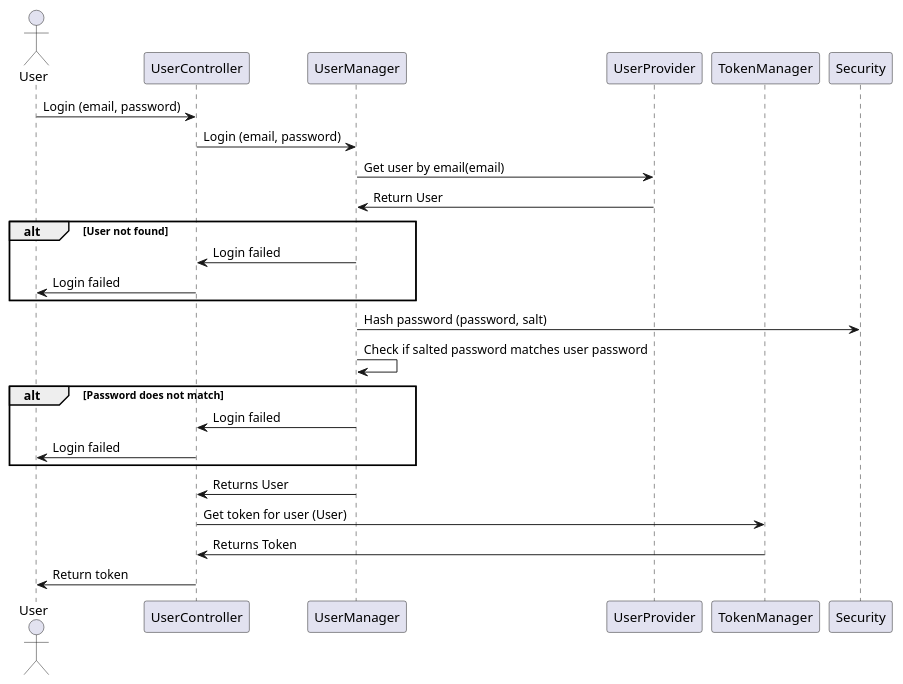
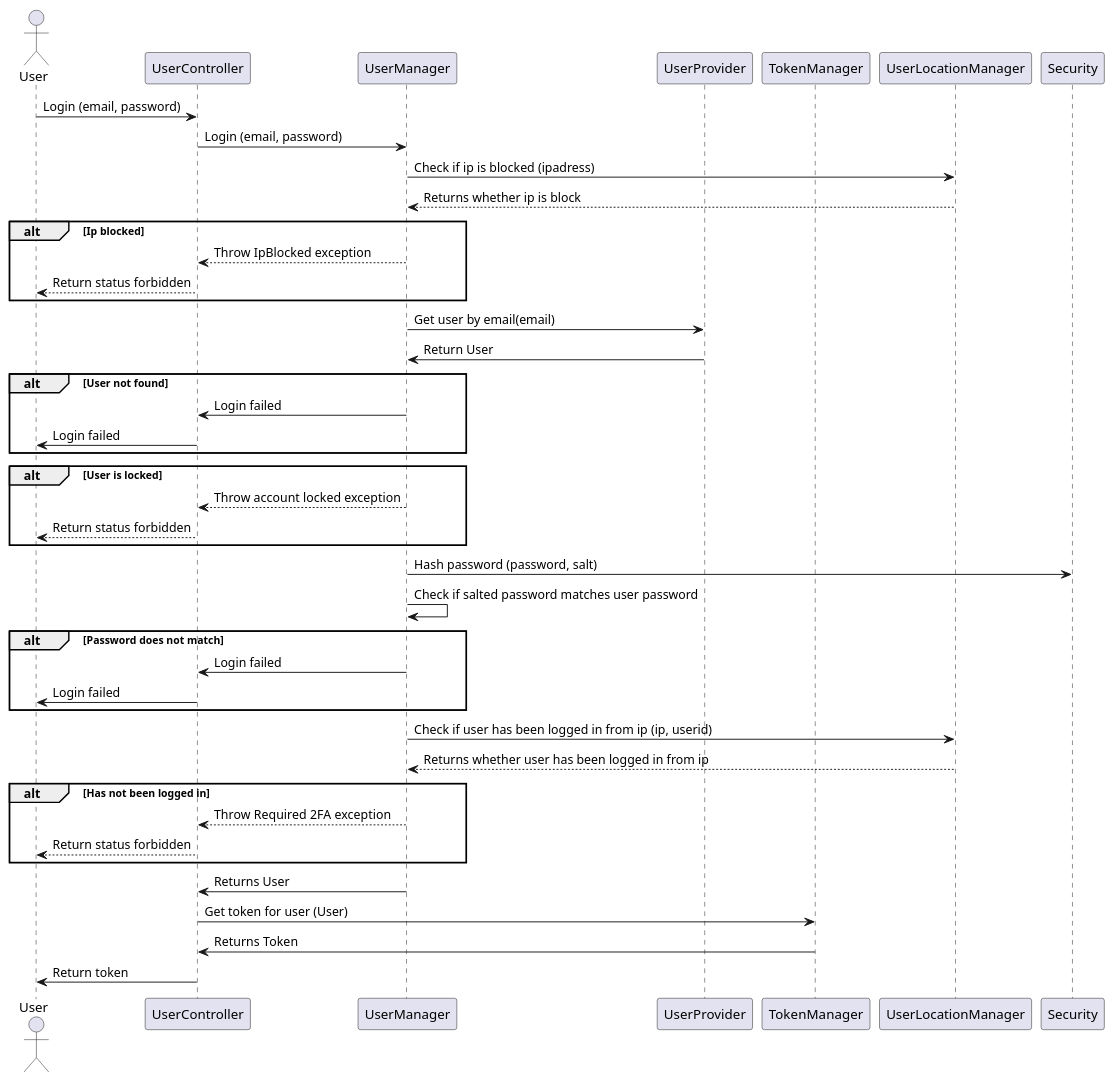
Before and after one commit to blackout1471/trust-us-school: the diagram in Docs/SDDiagrams/LoginSD.plantuml, drawn with PlantUML. The commit also changed 44 other files, not shown here.

```diff
--- a/Docs/SDDiagrams/LoginSD.plantuml
+++ b/Docs/SDDiagrams/LoginSD.plantuml
@@ -1,38 +1,66 @@
 @startuml Login SD
 
 actor User
 participant UserController
 participant UserManager
 participant UserProvider
 participant TokenManager
+participant UserLocationManager
 participant Security
 
 User->UserController: Login (email, password)
 UserController->UserManager: Login (email, password)
+UserManager->UserLocationManager: Check if ip is blocked (ipadress)
+UserLocationManager-->UserManager: Returns whether ip is block
+
+alt Ip blocked
+UserManager-->UserController: Throw IpBlocked exception
+UserController-->User: Return status forbidden
+end
+
 UserManager->UserProvider: Get user by email(email)
 UserProvider->UserManager: Return User
+
 
 alt User not found
 
 UserManager->UserController: Login failed
 UserController->User: Login failed
+
+end
+
+alt User is locked
+
+UserManager-->UserController: Throw account locked exception
+UserController-->User: Return status forbidden
 
 end
 
 UserManager->Security: Hash password (password, salt)
 UserManager->UserManager: Check if salted password matches user password
 
 alt Password does not match
 
 UserManager->UserController: Login failed
 UserController->User: Login failed
 
 end
 
+
+UserManager->UserLocationManager: Check if user has been logged in from ip (ip, userid)
+UserLocationManager-->UserManager: Returns whether user has been logged in from ip
+
+alt Has not been logged in
+
+UserManager-->UserController: Throw Required 2FA exception
+UserController-->User: Return status forbidden
+
+end
+
 UserManager->UserController: Returns User
 UserController->TokenManager: Get token for user (User)
 TokenManager->UserController: Returns Token
 
 UserController->User: Return token
 
 @enduml
```
